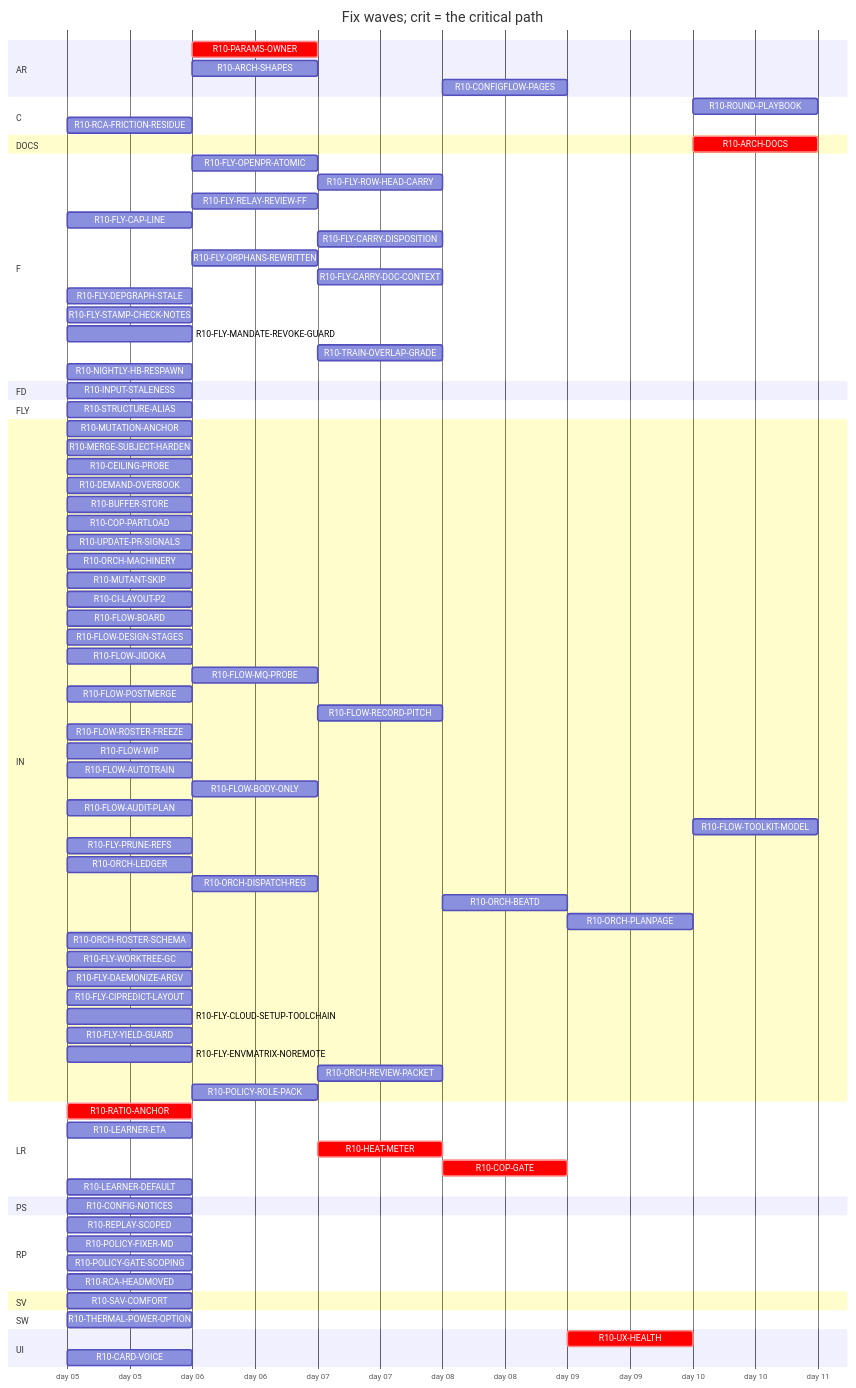
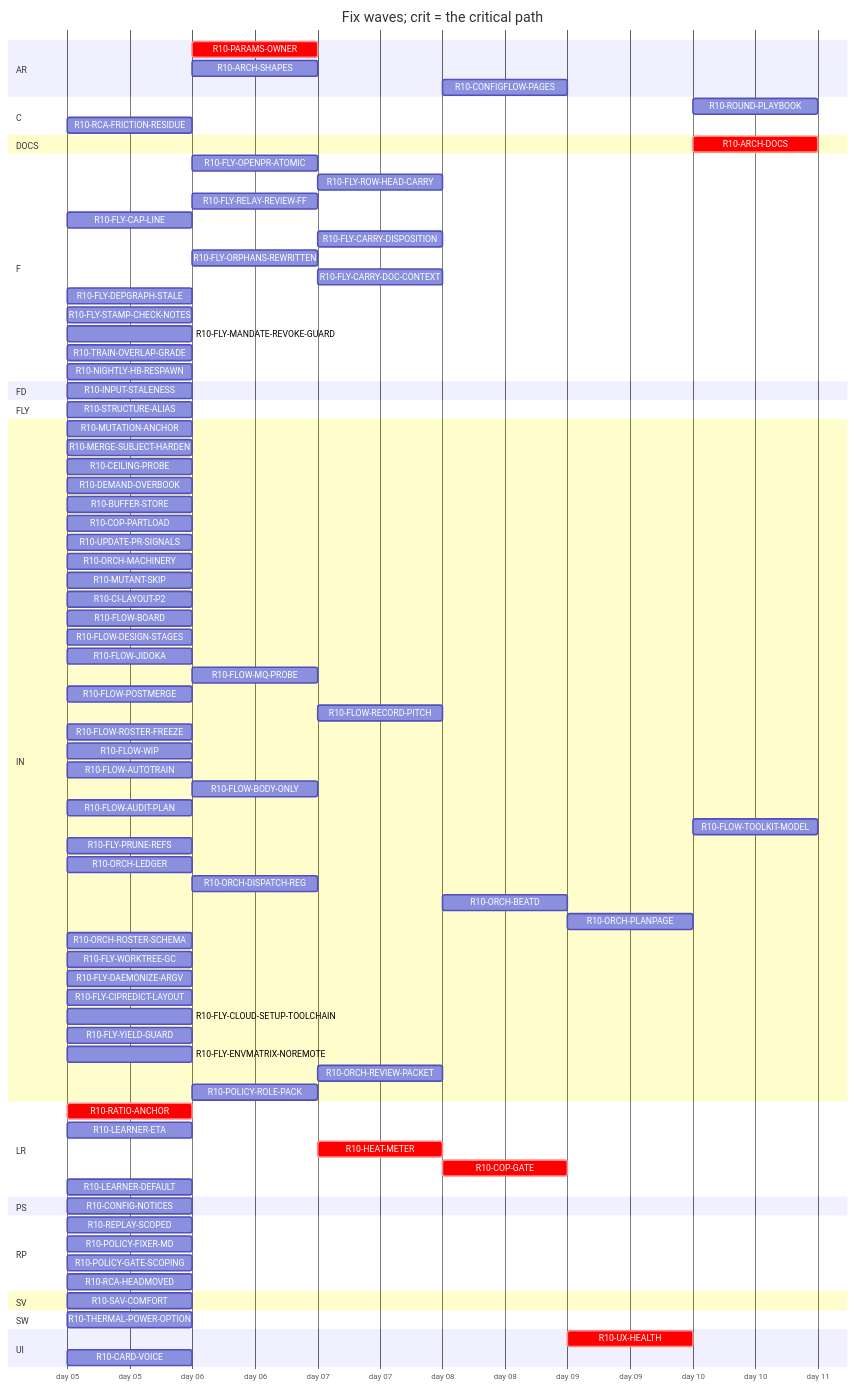
The diagram in handoff/round10/state/PLAN-TABLE.md (tvofi/heatpump_optimizer), drawn with Mermaid before and after one commit. The commit also changed other lines of this file and 2 other files, not shown here.

```diff
--- a/handoff/round10/state/PLAN-TABLE.md
+++ b/handoff/round10/state/PLAN-TABLE.md
@@ -48,7 +48,7 @@
     R10-FLY-DEPGRAPH-STALE :r10FLYDEPGRAPHSTALE, 2026-01-05, 1d
     R10-FLY-STAMP-CHECK-NOTES :r10FLYSTAMPCHECKNOTES, 2026-01-05, 1d
     R10-FLY-MANDATE-REVOKE-GUARD :r10FLYMANDATEREVOKEGUARD, 2026-01-05, 1d
-    R10-TRAIN-OVERLAP-GRADE :r10TRAINOVERLAPGRADE, after r10FLOWMQPROBE, 1d
+    R10-TRAIN-OVERLAP-GRADE :r10TRAINOVERLAPGRADE, 2026-01-05, 1d
     R10-NIGHTLY-HB-RESPAWN :r10NIGHTLYHBRESPAWN, 2026-01-05, 1d
   section FD
     R10-INPUT-STALENESS :r10INPUTSTALENESS, 2026-01-05, 1d
```
